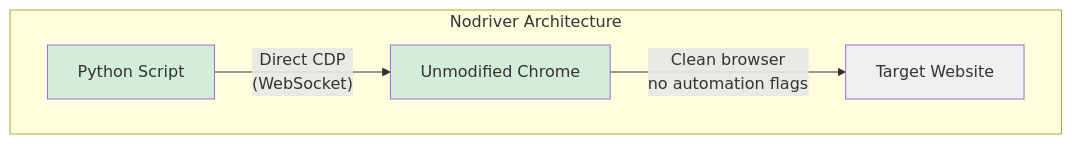
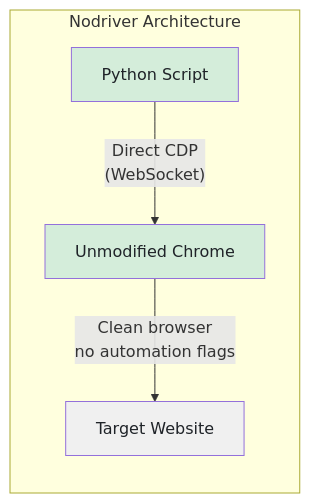
Before and after one commit to bytetunnels/bytetunnels.github.com: the second of 4 diagrams in _posts/2026-02-23-camoufox-vs-nodriver-which-anti-detection-browser-wins.md, drawn with Mermaid. The commit also changed other lines of this file and 118 other files, not shown here.

Commit message:
feat: improve diagram styling and compact wide flowcharts

````diff
--- a/_posts/2026-02-23-camoufox-vs-nodriver-which-anti-detection-browser-wins.md
+++ b/_posts/2026-02-23-camoufox-vs-nodriver-which-anti-detection-browser-wins.md
@@ -37,11 +38,12 @@
 ```mermaid
 graph TD
     subgraph "Nodriver Architecture"
+        direction TB
         E["Python Script"] -->|"Direct CDP<br>(WebSocket)"| F["Unmodified Chrome"]
         F -->|"Clean browser<br>no automation flags"| G["Target Website"]
     end
 
-    style E fill:#d4edda
-    style F fill:#d4edda
-    style G fill:#f0f0f0
+    style E fill:#d4edda,color:#1f2328
+    style F fill:#d4edda,color:#1f2328
+    style G fill:#f0f0f0,color:#1f2328
 ```
````
